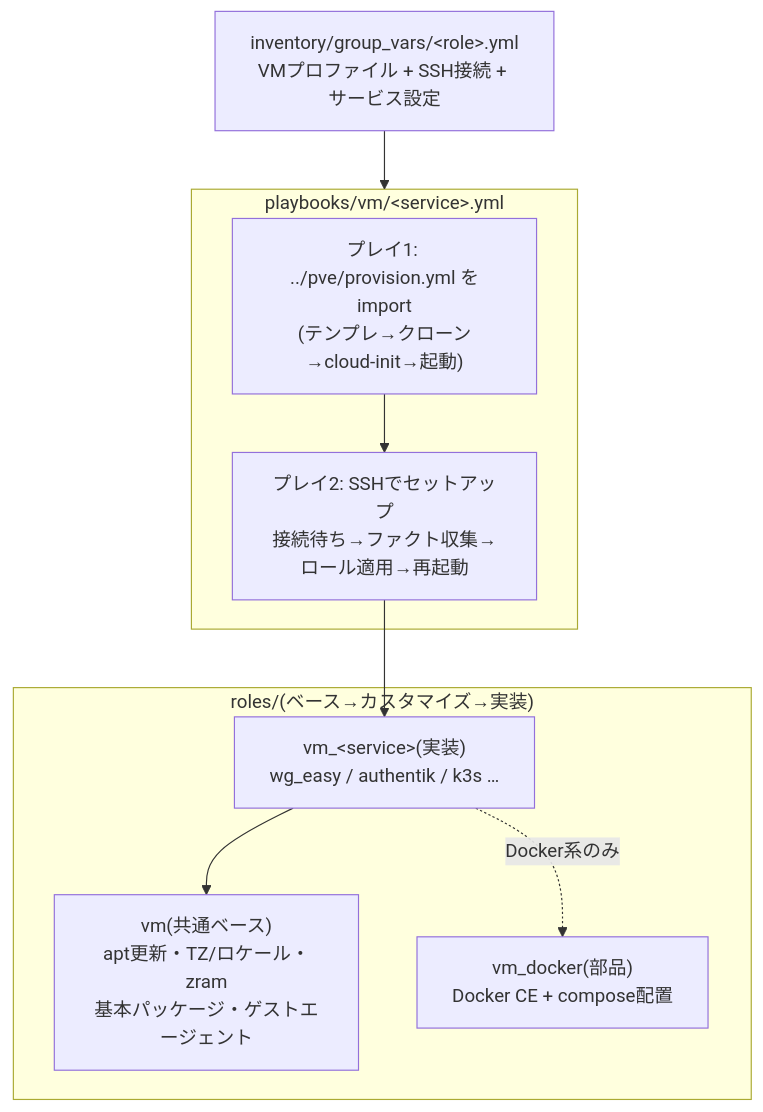
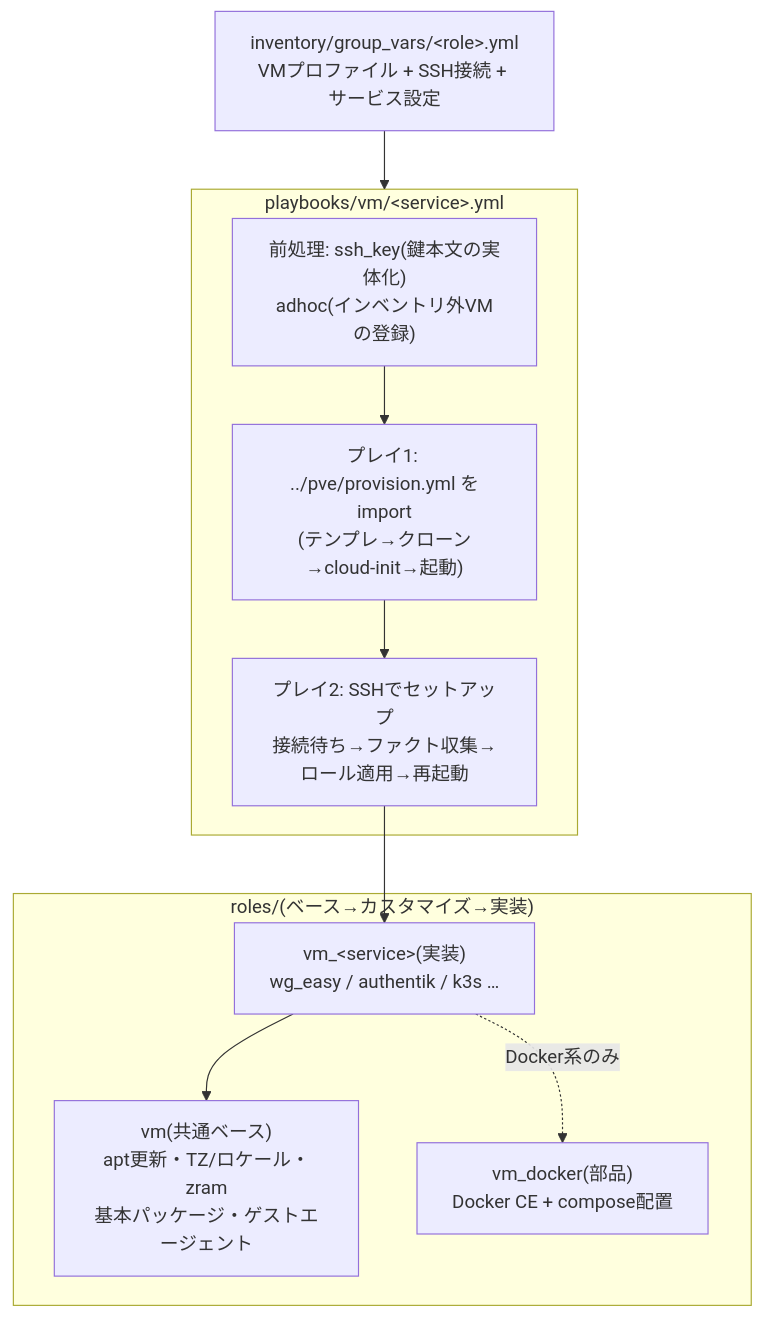
One commit to CHACCHAN/infrastructure changed the first of 2 diagrams in docs/vm.md. Above: the diagram before and after it, drawn with Mermaid. The commit also changed other lines of this file and 8 other files, not shown here.

````diff
--- a/docs/vm.md
+++ b/docs/vm.md
@@ -7,17 +7,18 @@
 ```mermaid
 flowchart TB
     subgraph PB["playbooks/vm/&lt;service&gt;.yml"]
+        P0["前処理: ssh_key(鍵本文の実体化)<br>adhoc(インベントリ外VMの登録)"]
         P1["プレイ1: ../pve/provision.yml をimport<br>(テンプレ→クローン→cloud-init→起動)"]
         P2["プレイ2: SSHでセットアップ<br>接続待ち→ファクト収集→ロール適用→再起動"]
-        P1 --> P2
+        P0 --> P1 --> P2
     end
     subgraph ロール["roles/(ベース→カスタマイズ→実装)"]
         SVC["vm_&lt;service&gt;(実装)<br>wg_easy / authentik / k3s …"]
         BASE["vm(共通ベース)<br>apt更新・TZ/ロケール・zram<br>基本パッケージ・ゲストエージェント"]
         DOCKER["vm_docker(部品)<br>Docker CE + compose配置"]
         SVC --> BASE
         SVC -.Docker系のみ.-> DOCKER
     end
     P2 --> SVC
     宣言["inventory/group_vars/&lt;role&gt;.yml<br>VMプロファイル + SSH接続 + サービス設定"] --> PB
 ```
````
